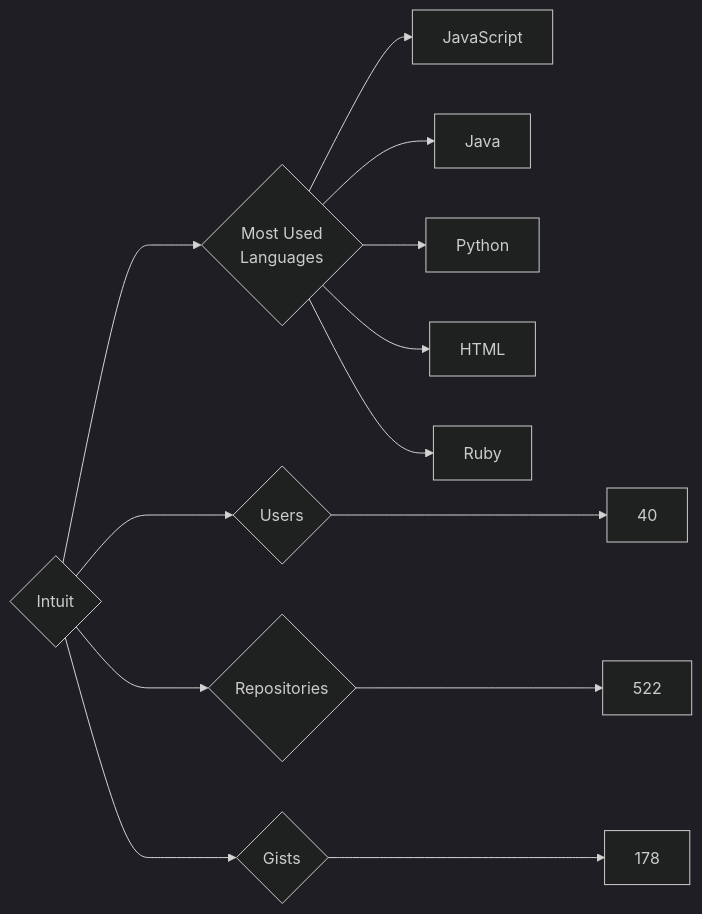
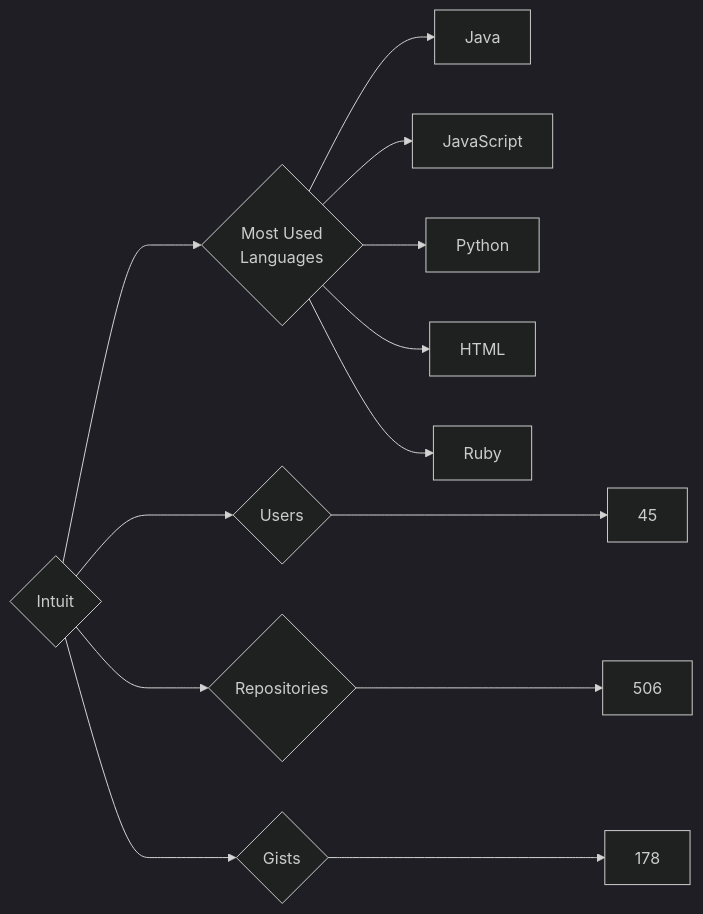
Before and after one commit to trickest/insiders: the diagram in targets/Intuit/README.md, drawn with Mermaid (dark theme). The commit also changed 882 other files, not shown here.

````diff
--- a/targets/Intuit/README.md
+++ b/targets/Intuit/README.md
@@ -3,13 +3,13 @@
 ```mermaid
 graph LR
 COMPANY_NAME{Intuit}
-COMPANY_NAME ---> U{Users} ---> UN[40]
-COMPANY_NAME ---> R{Repositories} ---> RN[522]
+COMPANY_NAME ---> U{Users} ---> UN[45]
+COMPANY_NAME ---> R{Repositories} ---> RN[506]
 COMPANY_NAME ---> G{Gists} ---> GN[178]
 COMPANY_NAME ---> ML{Most Used<br>Languages}
+ML --> Java[Java]
 ML --> JavaScript[JavaScript]
-ML --> Java[Java]
 ML --> Python[Python]
 ML --> HTML[HTML]
 ML --> Ruby[Ruby]
 ```
````
